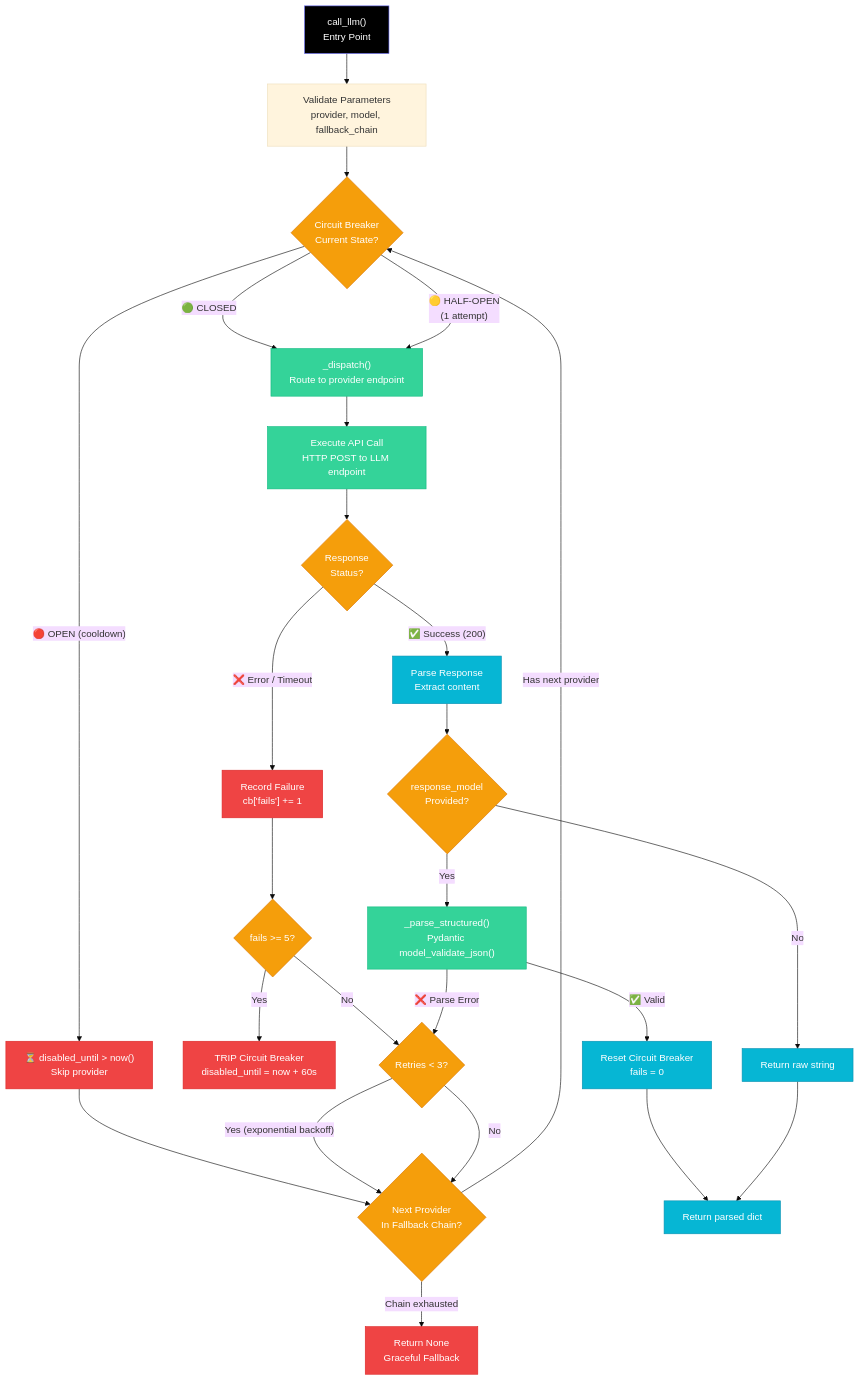
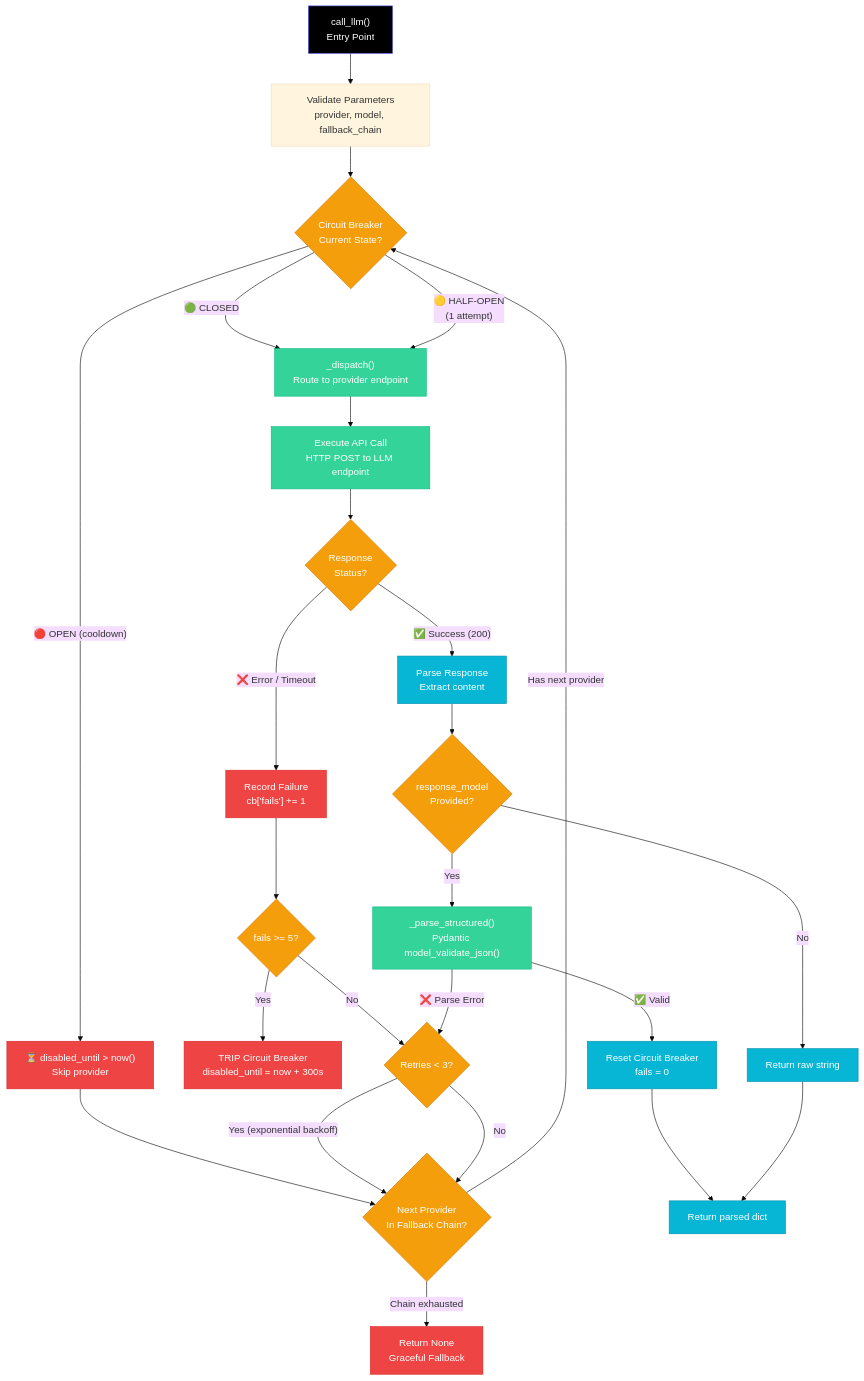
Before and after one commit to Anil-Pradhan-web/ai-career-mentor: diagram 12 of 35 in ARCHITECTURE.md, drawn with Mermaid (base theme). The commit also changed other lines of this file, not shown here.

Commit message:
docs: align provider fallback chain and circuit breaker configs with code

````diff
--- a/ARCHITECTURE.md
+++ b/ARCHITECTURE.md
@@ -595,51 +595,51 @@
 ```mermaid
 graph TD
     classDef callCls fill:#818cf8,color:#fff,stroke:#6366f1
     classDef decisionCls fill:#f59e0b,color:#fff,stroke:#d97706
     classDef providerCls fill:#34d399,color:#fff,stroke:#10b981
     classDef failCls fill:#ef4444,color:#fff,stroke:#dc2626
     classDef successCls fill:#06b6d4,color:#fff,stroke:#0891b2
 
     START["call_llm()<br/>Entry Point"] --> PARAM["Validate Parameters<br/>provider, model, fallback_chain"]
     
     PARAM --> CB_CHECK{"Circuit Breaker<br/>Current State?"}
     
     CB_CHECK -->|"🔴 OPEN (cooldown)"| CB_OPEN["⏳ disabled_until > now()<br/>Skip provider"]
     CB_CHECK -->|"🟢 CLOSED"| DISPATCH["_dispatch()<br/>Route to provider endpoint"]
     CB_CHECK -->|"🟡 HALF-OPEN<br/>(1 attempt)"| DISPATCH
     
     CB_OPEN --> NEXT_PROV{"Next Provider<br/>In Fallback Chain?"}
     DISPATCH --> ATTEMPT["Execute API Call<br/>HTTP POST to LLM endpoint"]
     
     ATTEMPT --> RESULT{"Response<br/>Status?"}
     
     RESULT -->|"❌ Error / Timeout"| RECORD_FAIL["Record Failure<br/>cb['fails'] += 1"]
     RESULT -->|"✅ Success (200)"| PARSE_RESP["Parse Response<br/>Extract content"]
     
     RECORD_FAIL --> TRIP_CHECK{"fails >= 5?"}
-    TRIP_CHECK -->|"Yes"| TRIP["TRIP Circuit Breaker<br/>disabled_until = now + 60s"]
+    TRIP_CHECK -->|"Yes"| TRIP["TRIP Circuit Breaker<br/>disabled_until = now + 300s"]
     TRIP_CHECK -->|"No"| RETRY_CHECK{"Retries < 3?"}
     
     RETRY_CHECK -->|"Yes (exponential backoff)"| NEXT_PROV
     RETRY_CHECK -->|"No"| NEXT_PROV
     
     NEXT_PROV -->|"Has next provider"| CB_CHECK
     NEXT_PROV -->|"Chain exhausted"| RETURN_NONE["Return None<br/>Graceful Fallback"]
     
     PARSE_RESP --> PARSE_STRUCT{"response_model<br/>Provided?"}
     PARSE_STRUCT -->|"Yes"| PYDANTIC["_parse_structured()<br/>Pydantic model_validate_json()"]
     PARSE_STRUCT -->|"No"| RETURN_RAW["Return raw string"]
     
     PYDANTIC -->|"✅ Valid"| RESET_CB["Reset Circuit Breaker<br/>fails = 0"]
     PYDANTIC -->|"❌ Parse Error"| RETRY_CHECK
     
     RESET_CB --> RETURN_DICT["Return parsed dict"]
     RETURN_RAW --> RETURN_DICT
 
     style START fill:#000,color:#fff
     class START callCls
     class CB_CHECK,NEXT_PROV,RESULT,RETRY_CHECK,TRIP_CHECK,PARSE_STRUCT decisionCls
     class DISPATCH,ATTEMPT,PYDANTIC providerCls
     class TRIP,RECORD_FAIL,RETURN_NONE,CB_OPEN failCls
     class RESET_CB,RETURN_DICT,PARSE_RESP,RETURN_RAW successCls
 ```
````
